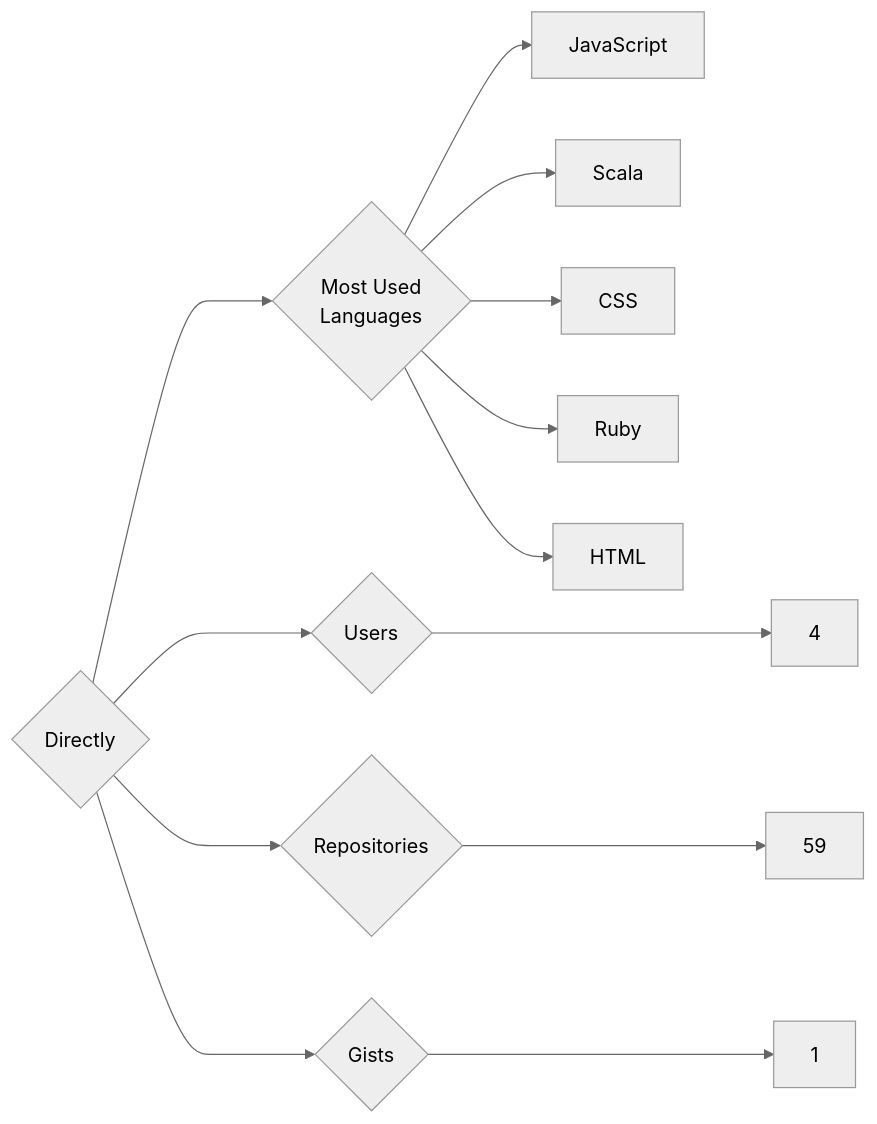
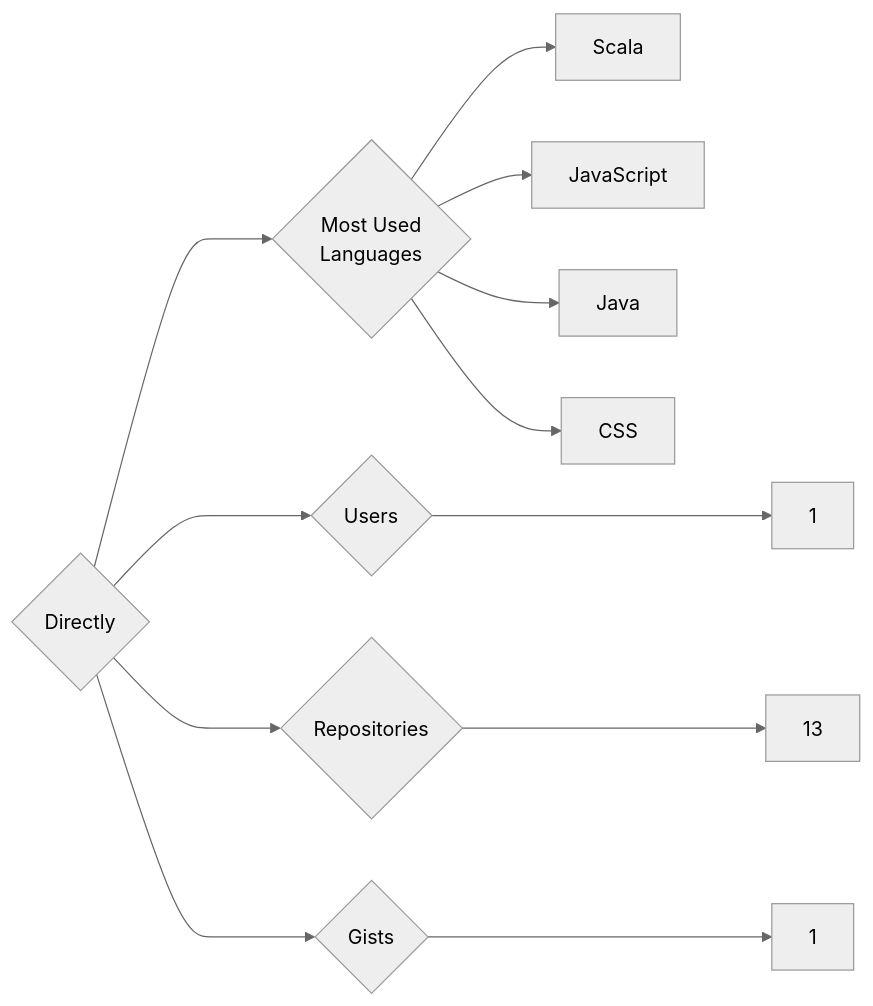
The diagram in targets/Directly/README.md (trickest/insiders), drawn with Mermaid (neutral theme) before and after one commit. The commit also changed 1092 other files, not shown here.

````diff
--- a/targets/Directly/README.md
+++ b/targets/Directly/README.md
@@ -3,13 +3,12 @@
 ```mermaid
 graph LR
 COMPANY_NAME{Directly}
-COMPANY_NAME ---> U{Users} ---> UN[4]
-COMPANY_NAME ---> R{Repositories} ---> RN[59]
+COMPANY_NAME ---> U{Users} ---> UN[1]
+COMPANY_NAME ---> R{Repositories} ---> RN[13]
 COMPANY_NAME ---> G{Gists} ---> GN[1]
 COMPANY_NAME ---> ML{Most Used<br>Languages}
+ML --> Scala[Scala]
 ML --> JavaScript[JavaScript]
-ML --> Scala[Scala]
+ML --> Java[Java]
 ML --> CSS[CSS]
-ML --> Ruby[Ruby]
-ML --> HTML[HTML]
 ```
````
